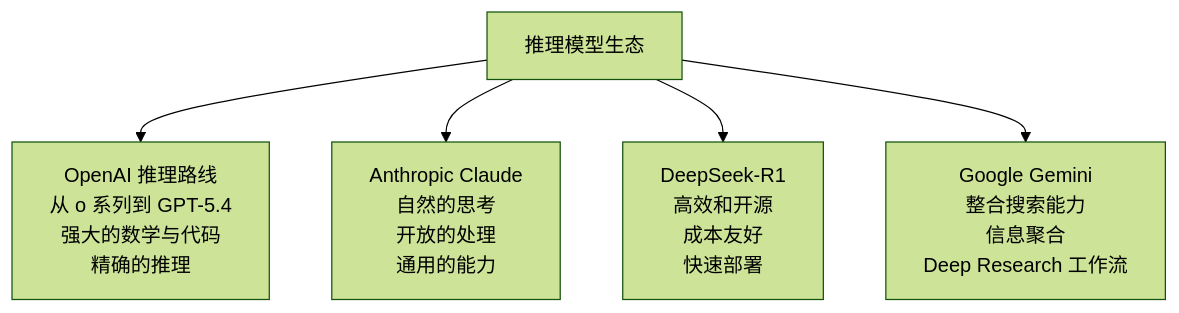
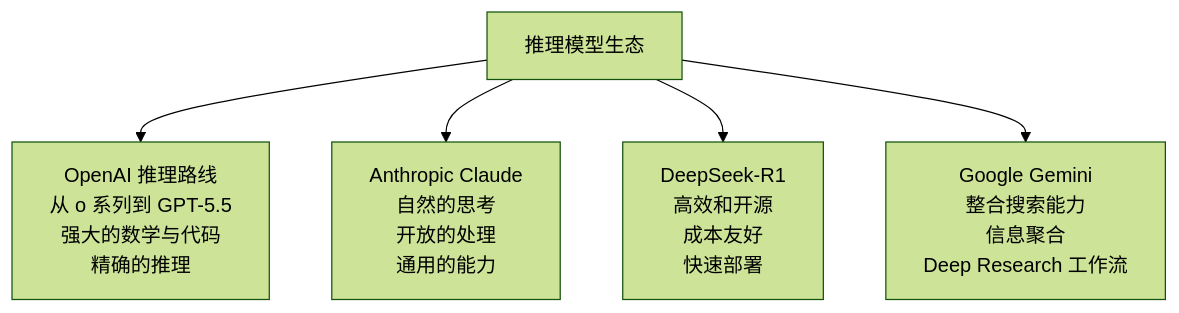
Before and after one commit to changsongyang/ai_beginner_guide: the first of 9 diagrams in 07_reasoning_models/7.4_major_reasoning_models.md, drawn with Mermaid (forest theme). The commit also changed other lines of this file and 4 other files, not shown here.

````diff
--- a/07_reasoning_models/7.4_major_reasoning_models.md
+++ b/07_reasoning_models/7.4_major_reasoning_models.md
@@ -9,14 +9,14 @@
 ```mermaid
 graph TD
-    A["OpenAI 推理路线<br/>从 o 系列到 GPT-5.4<br/>强大的数学与代码<br/>精确的推理"]
+    A["OpenAI 推理路线<br/>从 o 系列到 GPT-5.5<br/>强大的数学与代码<br/>精确的推理"]
     B["Anthropic Claude<br/>自然的思考<br/>开放的处理<br/>通用的能力"]
     C["DeepSeek-R1<br/>高效和开源<br/>成本友好<br/>快速部署"]
     D["Google Gemini<br/>整合搜索能力<br/>信息聚合<br/>Deep Research 工作流"]
 
     E["推理模型生态"]
 
     E --> A
     E --> B
     E --> C
     E --> D
 ```
````
